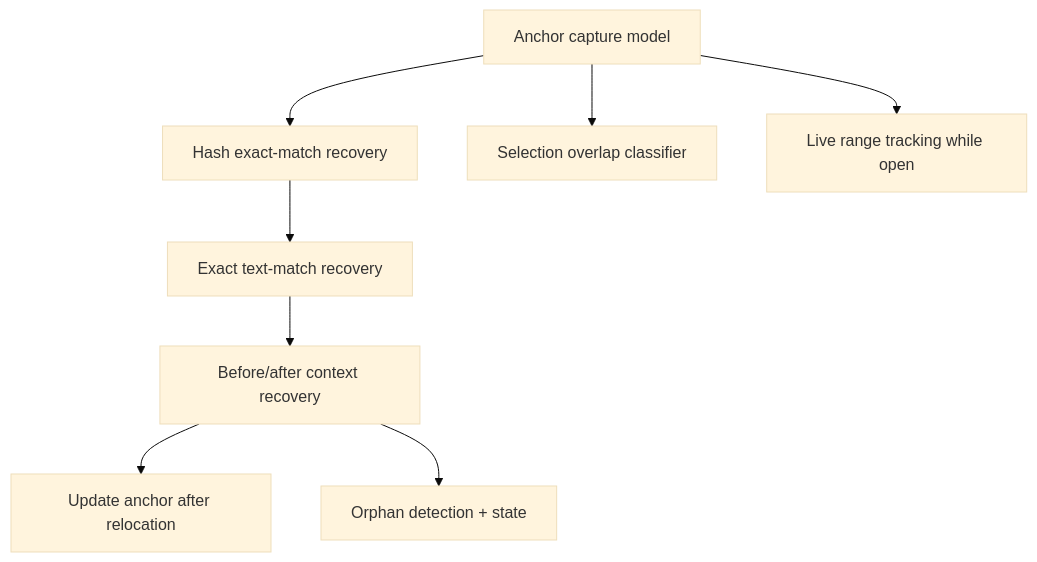
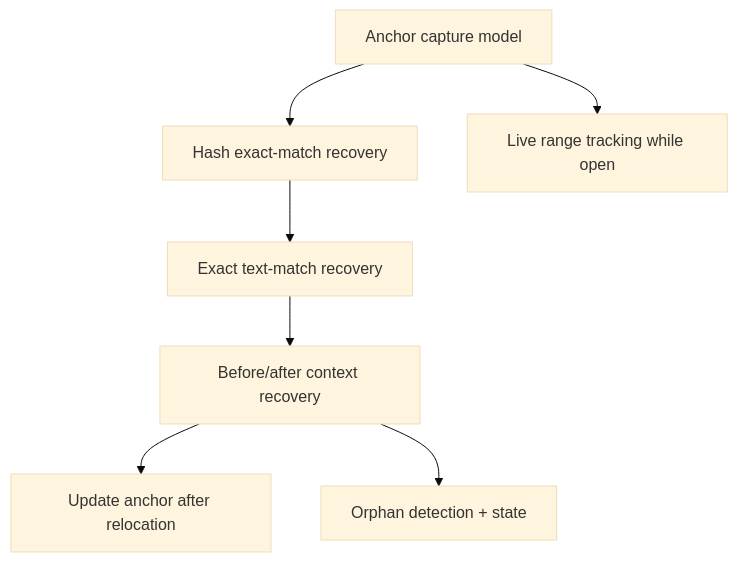
The diagram in plans/phase-2-durable-anchoring/00-overview.md (duraisamy-gokul/fix-my-comments), drawn with Mermaid (base theme) before and after one commit. The commit also changed other lines of this file and 36 other files, not shown here.

````diff
--- a/plans/phase-2-durable-anchoring/00-overview.md
+++ b/plans/phase-2-durable-anchoring/00-overview.md
@@ -25,10 +27,9 @@
 ```mermaid
 flowchart TD
     A[Anchor capture model] --> B[Hash exact-match recovery]
     B --> C[Exact text-match recovery]
     C --> D[Before/after context recovery]
     D --> E[Update anchor after relocation]
     D --> F[Orphan detection + state]
-    A --> G[Selection overlap classifier]
     A --> H[Live range tracking while open]
 ```
````
